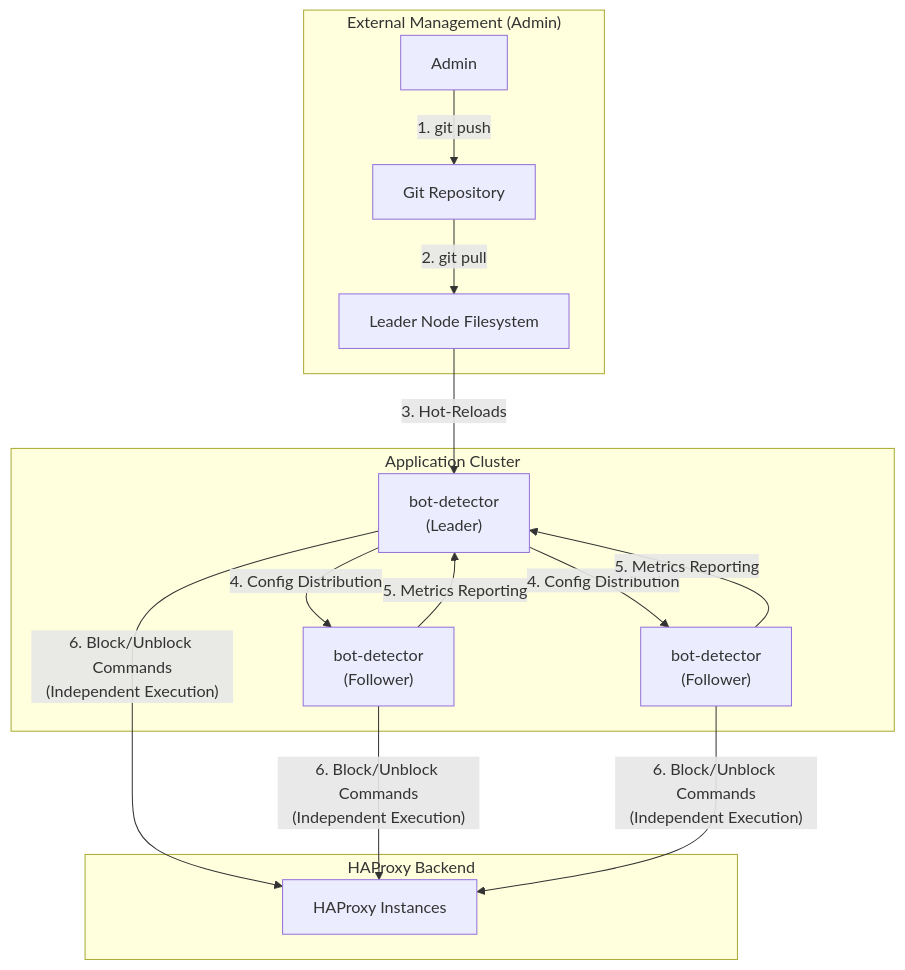
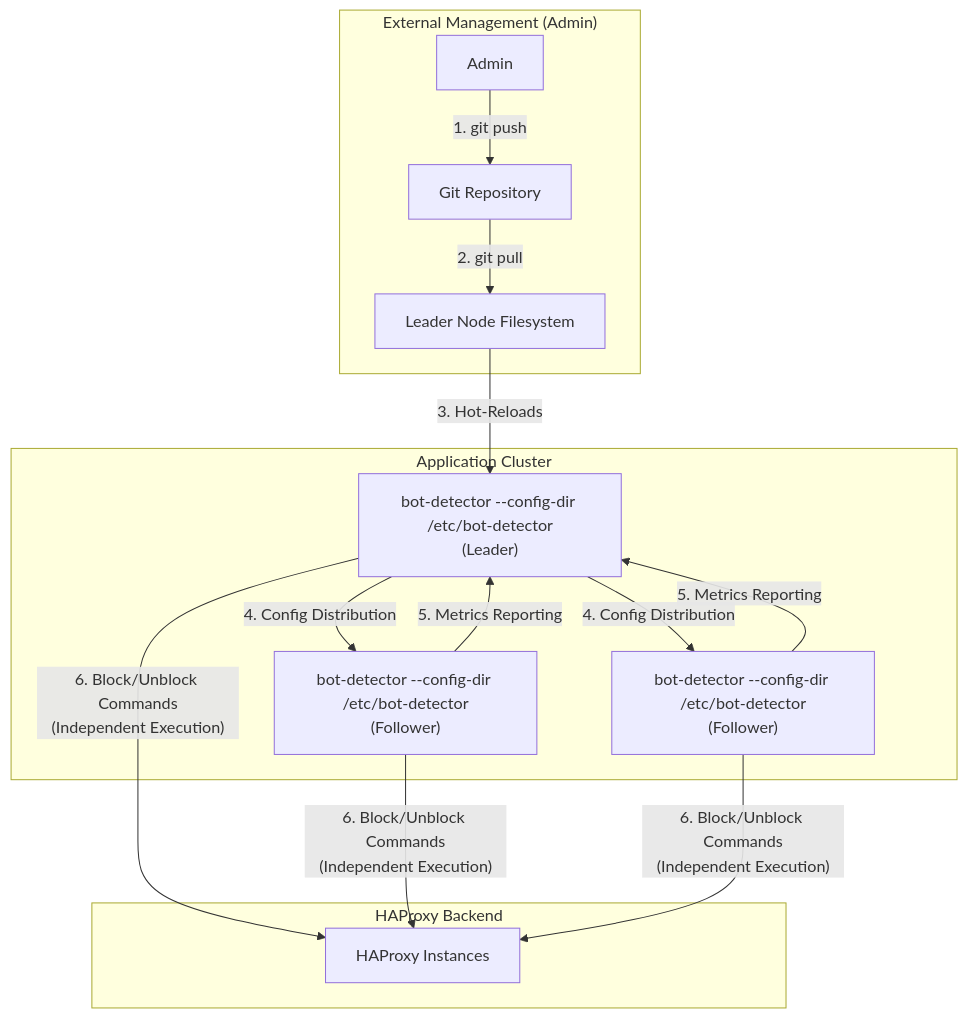
One commit to metabrainz/bot-detector changed the first of 3 diagrams in docs/ClusterConfiguration.md. Above: the diagram before and after it, drawn with Mermaid. The commit also changed 23 other files, not shown here.

````diff
--- a/docs/ClusterConfiguration.md
+++ b/docs/ClusterConfiguration.md
@@ -37,24 +37,24 @@
 ```mermaid
 graph TD
     subgraph "External Management (Admin)"
         A["Git Repository"]
         B["Admin"]
         B -- "1. git push" --> A
         A -- "2. git pull" --> C["Leader Node Filesystem"]
     end
 
     subgraph "Application Cluster"
-        D["bot-detector<br/>(Leader)"]
-        E["bot-detector<br/>(Follower)"]
-        F["bot-detector<br/>(Follower)"]
+        D["bot-detector --config-dir /etc/bot-detector<br/>(Leader)"]
+        E["bot-detector --config-dir /etc/bot-detector<br/>(Follower)"]
+        F["bot-detector --config-dir /etc/bot-detector<br/>(Follower)"]
 
         C -- "3. Hot-Reloads" --> D
         D -- "4. Config Distribution" --> E & F
         E & F -- "5. Metrics Reporting" --> D
     end
 
     subgraph "HAProxy Backend"
         G["HAProxy Instances"]
         D & E & F -- "6. Block/Unblock Commands<br/>(Independent Execution)" --> G
     end
 ```
````
